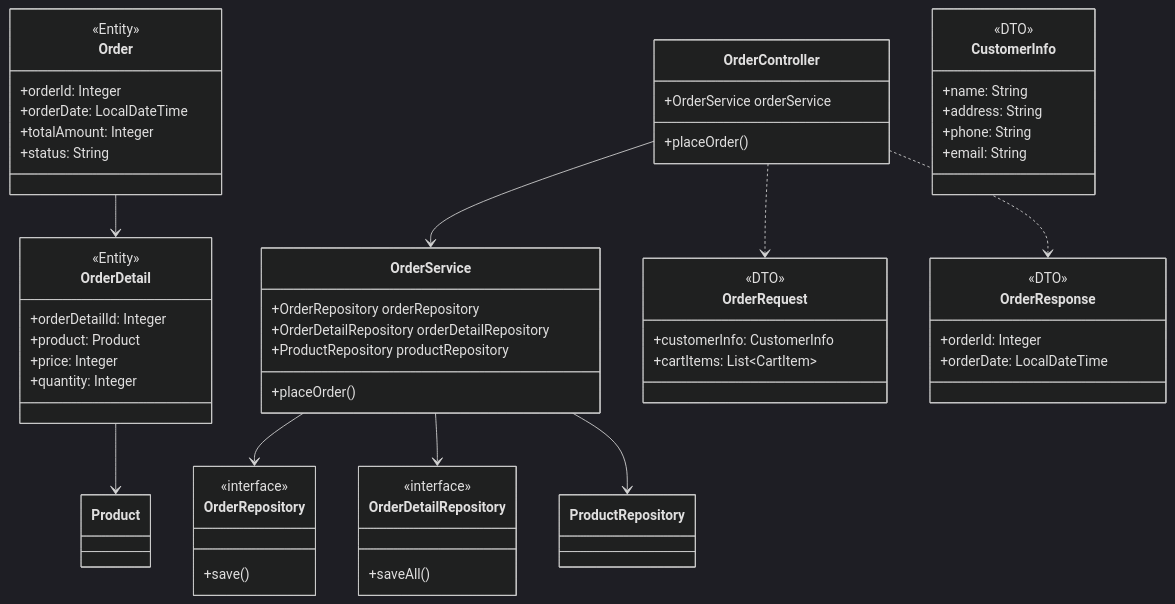
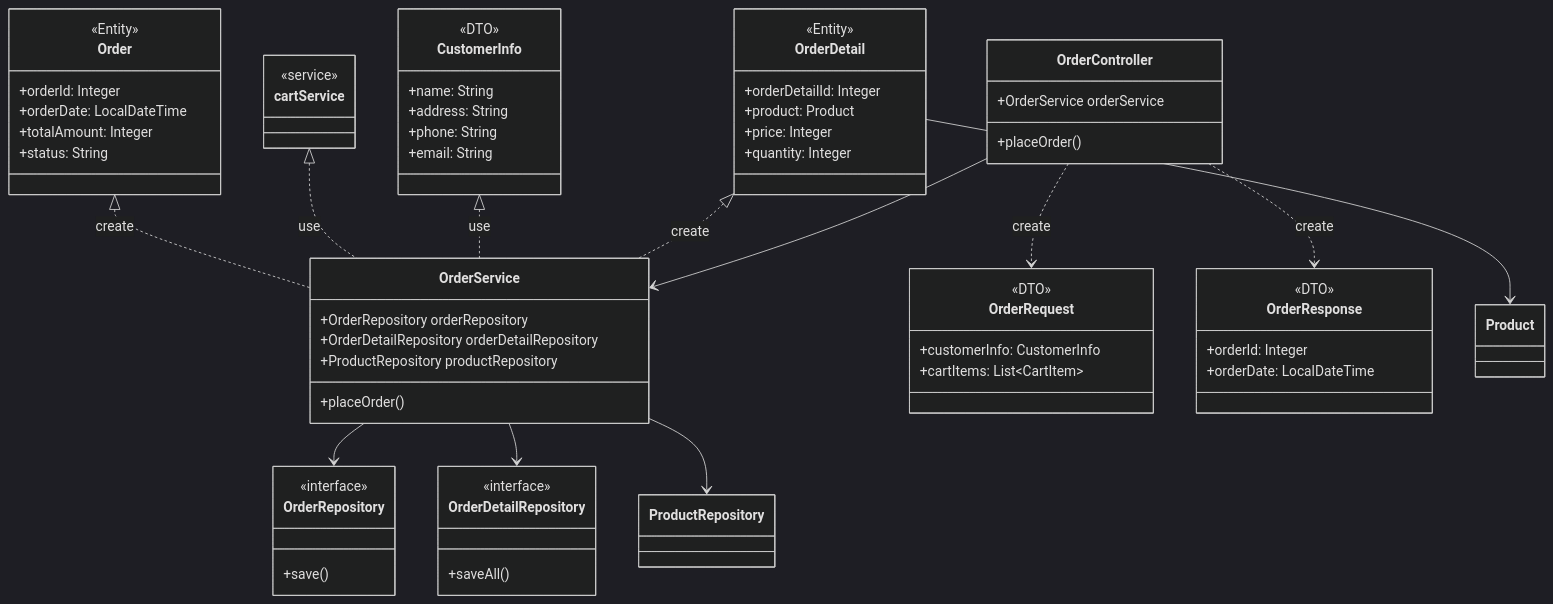
One commit to Hinako-Kimura127/neko changed diagram 12 of 13 in 詳細設計/詳細設計.md. Above: the diagram before and after it, drawn with Mermaid (dark theme). The commit also changed other lines of this file, not shown here.

````diff
--- a/詳細設計/詳細設計.md
+++ b/詳細設計/詳細設計.md
@@ -794,62 +796,68 @@
 ```mermaid
 classDiagram
     class OrderController {
     +OrderService orderService
     +placeOrder()
 }
 class OrderService {
     +OrderRepository orderRepository
     +OrderDetailRepository orderDetailRepository
     +ProductRepository productRepository
     +placeOrder()
 }
 class OrderRepository {
     <<interface>>
     +save()
 }
 class OrderDetailRepository {
     <<interface>>
     +saveAll()
 }
 class Order {
     <<Entity>>
     +orderId: Integer
     +orderDate: LocalDateTime
     +totalAmount: Integer
     +status: String
 }
 class OrderDetail {
     <<Entity>>
     +orderDetailId: Integer
     +product: Product
     +price: Integer
     +quantity: Integer
 }
 class OrderRequest {
     <<DTO>>
     +customerInfo: CustomerInfo
     +cartItems: List~CartItem~
 }
 class OrderResponse {
     <<DTO>>
     +orderId: Integer
     +orderDate: LocalDateTime
 }
 class CustomerInfo {
     <<DTO>>
     +name: String
     +address: String
     +phone: String
     +email: String
 }
+class cartService {
+  <<service>>
+}
 
 OrderController --> OrderService
 OrderService --> OrderRepository
 OrderService --> OrderDetailRepository
 OrderService --> ProductRepository
-Order --> OrderDetail
 OrderDetail --> Product
-OrderController ..> OrderRequest
-OrderController ..> OrderResponse
+OrderController ..> OrderRequest : create
+OrderController ..> OrderResponse : create
+OrderDetail <|.. OrderService : create
+CustomerInfo <|.. OrderService : use
+cartService <|.. OrderService : use
+Order <|.. OrderService : create
 
 ```
````
